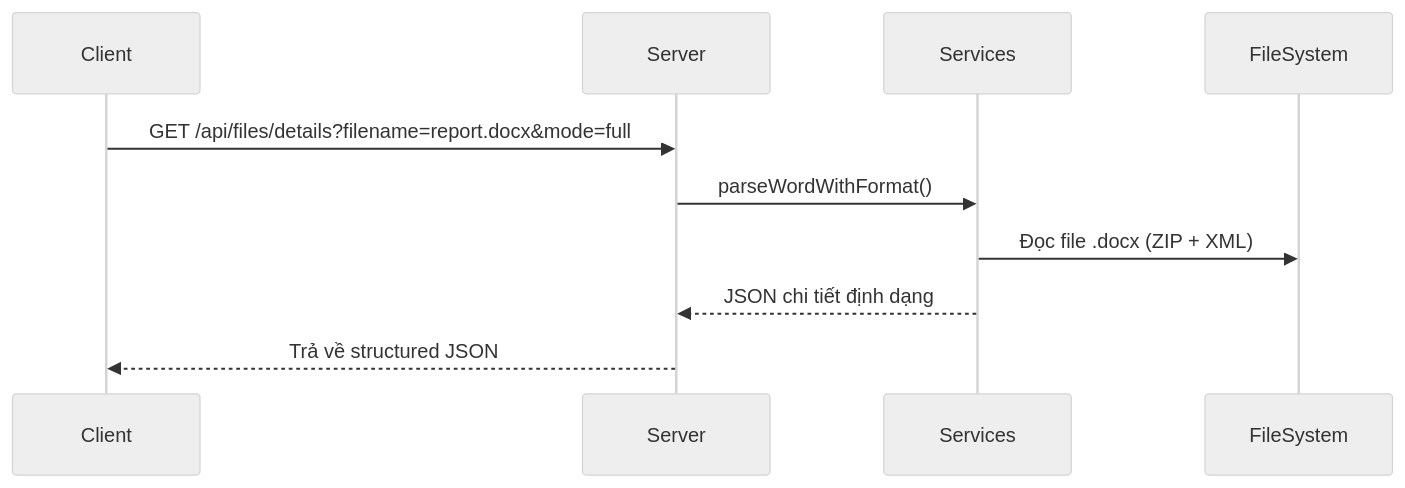
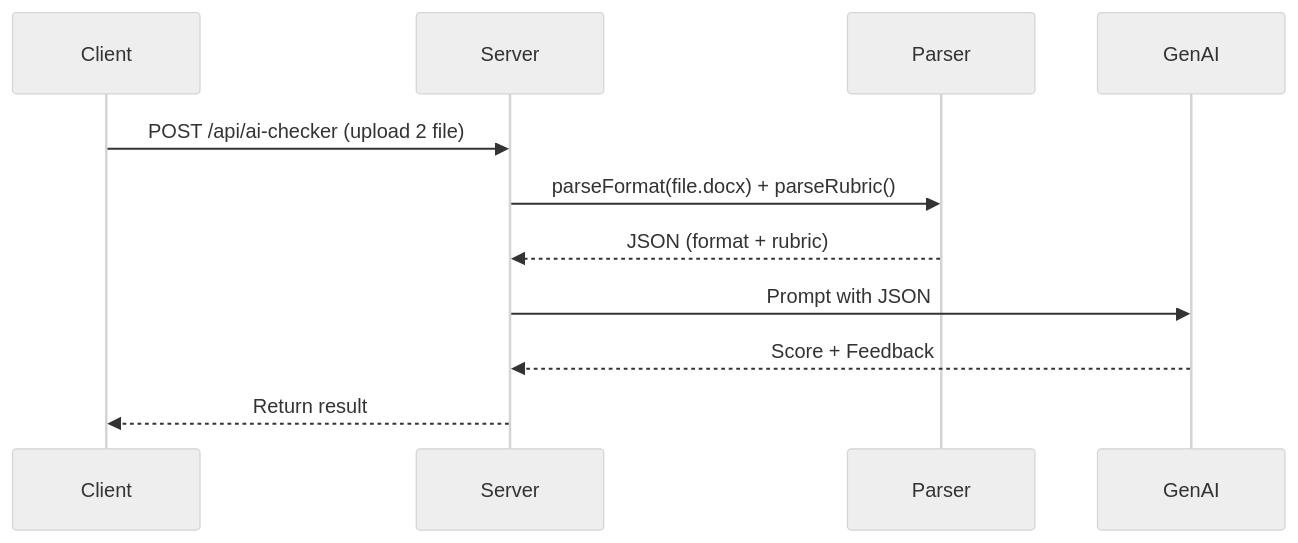
The third of 3 diagrams in BE/README.md (HuynhSang2005/office-format-grader), drawn with Mermaid (neutral theme) before and after one commit. The commit also changed other lines of this file, not shown here.

Commit message:
git commit -m "docs(readme): enhance backend API documentation with endpoint details and Gemini AI checker flow"

````diff
--- a/BE/README.md
+++ b/BE/README.md
@@ -153,13 +154,14 @@
 ```mermaid
 sequenceDiagram
-    participant Client
-    participant Server
-    participant Services
-    participant FileSystem
+  participant Client
+  participant Server
+  participant Parser
+  participant GenAI
 
-    Client->>Server: GET /api/files/details?filename=report.docx&mode=full
-    Server->>Services: parseWordWithFormat()
-    Services->>FileSystem: Đọc file .docx (ZIP + XML)
-    Services-->>Server: JSON chi tiết định dạng
-    Server-->>Client: Trả về structured JSON
+  Client->>Server: POST /api/ai-checker (upload 2 file)
+  Server->>Parser: parseFormat(file.docx) + parseRubric()
+  Parser-->>Server: JSON (format + rubric)
+  Server->>GenAI: Prompt with JSON
+  GenAI-->>Server: Score + Feedback
+  Server-->>Client: Return result
 ```
````
